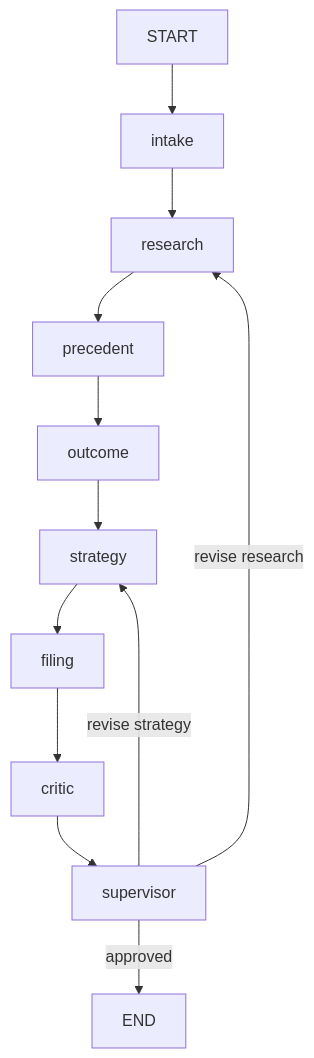
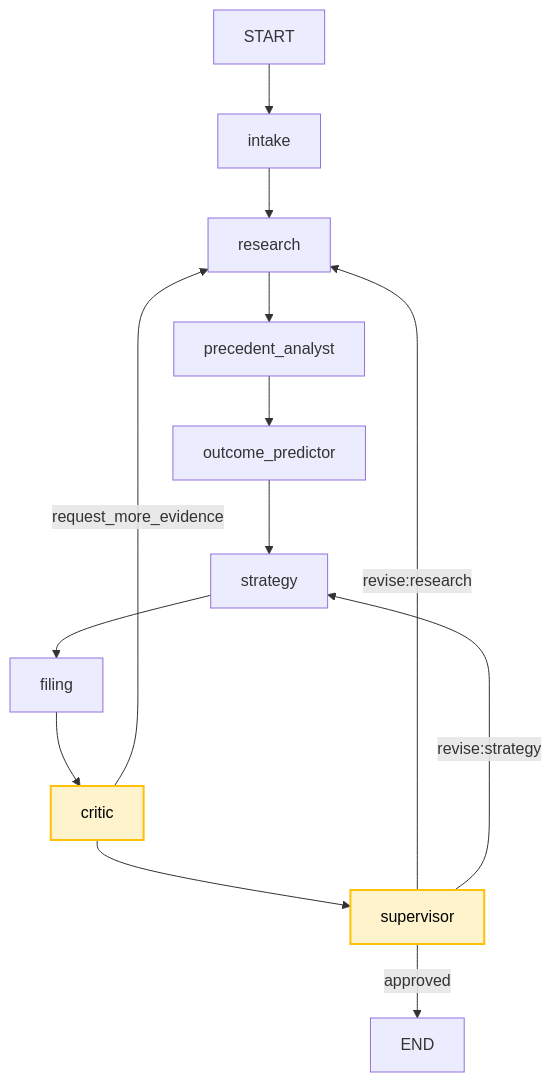
Before and after one commit to pmuthuvel1/LegalIntelligence: the first of 2 diagrams in README.md, drawn with Mermaid. The commit also changed other lines of this file, not shown here.

````diff
--- a/README.md
+++ b/README.md
@@ -7,7 +51,11 @@
 ```mermaid
 flowchart TD
-  START --> intake --> research --> precedent --> outcome --> strategy --> filing --> critic --> supervisor
-  supervisor -->|approved| END
-  supervisor -->|revise research| research
-  supervisor -->|revise strategy| strategy
+  START --> intake --> research --> precedent_analyst --> outcome_predictor
+  outcome_predictor --> strategy --> filing --> critic --> supervisor
+  supervisor -- approved --> END
+  supervisor -- revise:research --> research
+  supervisor -- revise:strategy --> strategy
+  critic -- request_more_evidence --> research
+  classDef gate fill:#fff3cd,stroke:#ffc107,stroke-width:2px,color:#000;
+  class critic,supervisor gate;
 ```
````
